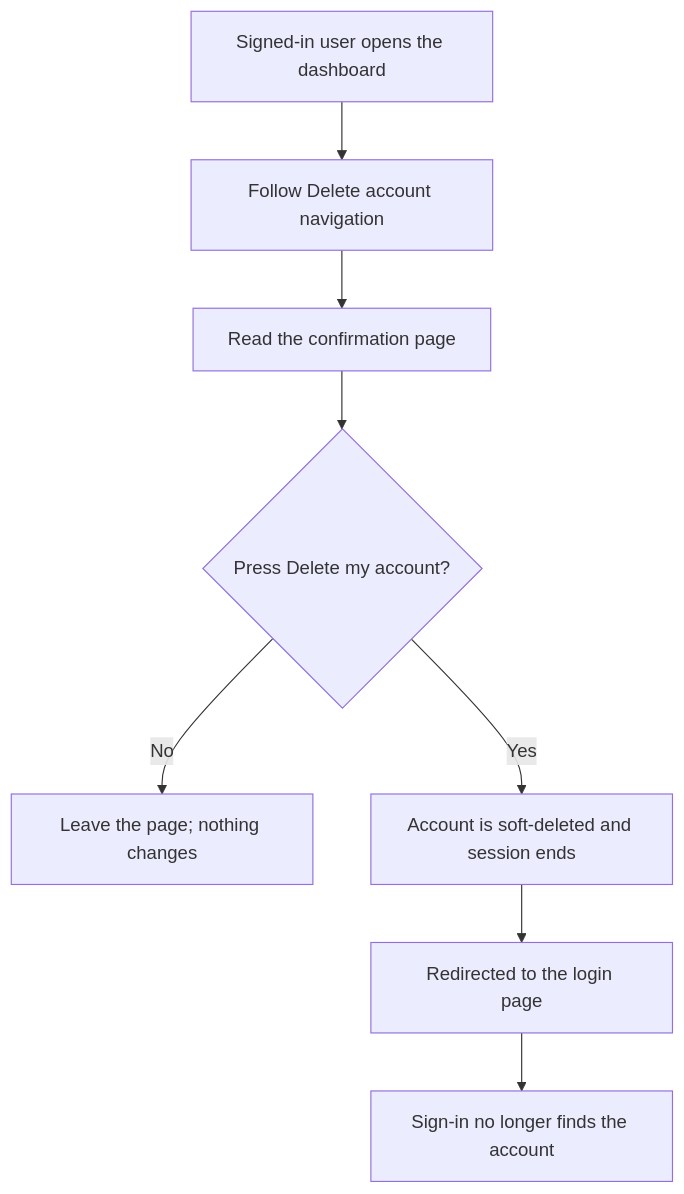
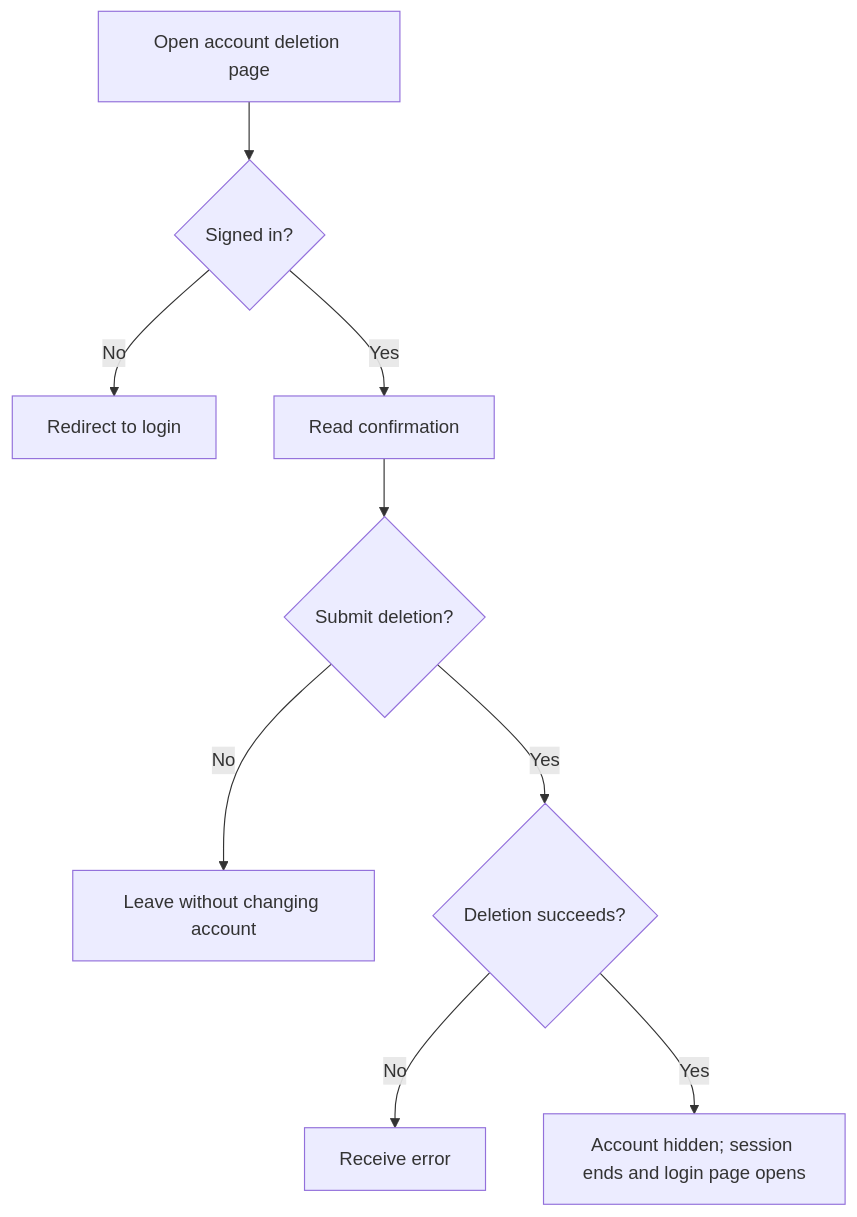
Before and after one commit to Kevinjohn/oss-adonisjs-lucid-soft-delete: the first of 2 diagrams in user-stories/example-apps/us-demo-03-hypermedia-account-deletion.md, drawn with Mermaid. The commit also changed other lines of this file and 26 other files, not shown here.

````diff
--- a/user-stories/example-apps/us-demo-03-hypermedia-account-deletion.md
+++ b/user-stories/example-apps/us-demo-03-hypermedia-account-deletion.md
@@ -21,10 +21,10 @@
 ```mermaid
 flowchart TD
-    A["Signed-in user opens the dashboard"] --> N["Follow Delete account navigation"]
-    N --> B["Read the confirmation page"]
-    B --> C{"Press Delete my account?"}
-    C -->|No| D["Leave the page; nothing changes"]
-    C -->|Yes| E["Account is soft-deleted and session ends"]
-    E --> F["Redirected to the login page"]
-    F --> G["Sign-in no longer finds the account"]
+    A["Open account deletion page"] --> B{"Signed in?"}
+    B -->|No| C["Redirect to login"]
+    B -->|Yes| D["Read confirmation"] --> E{"Submit deletion?"}
+    E -->|No| F["Leave without changing account"]
+    E -->|Yes| G{"Deletion succeeds?"}
+    G -->|No| H["Receive error"]
+    G -->|Yes| I["Account hidden; session ends and login page opens"]
 ```
````
